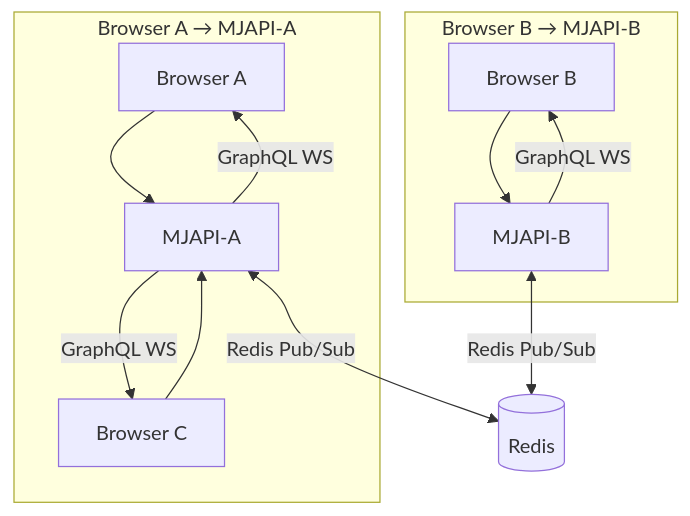
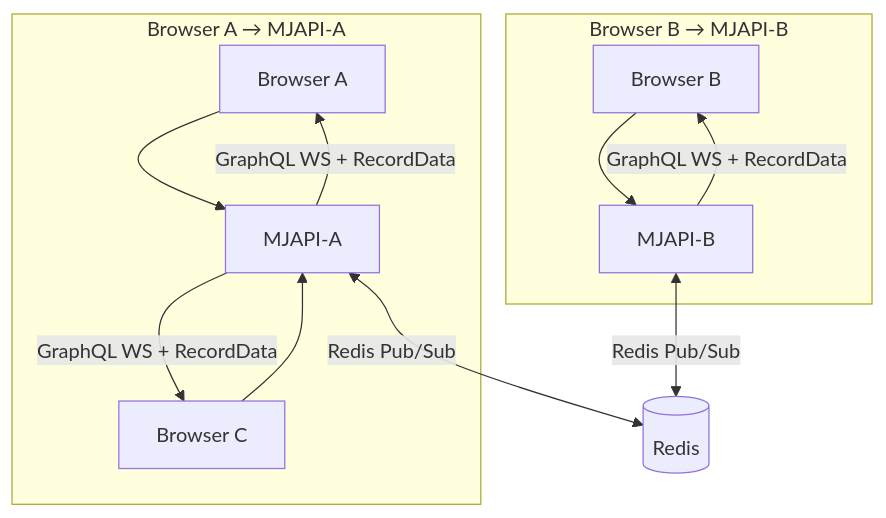
Before and after one commit to MemberJunction/MJ: diagram 14 of 15 in guides/CACHING_AND_PUBSUB_GUIDE.md, drawn with Mermaid. The commit also changed other lines of this file, not shown here.

First line of the commit message:
Update caching guide with RecordData payload, CompositeKey, and Redis vs no-Redis docs

````diff
--- a/guides/CACHING_AND_PUBSUB_GUIDE.md
+++ b/guides/CACHING_AND_PUBSUB_GUIDE.md
@@ -1031,18 +1175,18 @@
 ```mermaid
 graph TD
     subgraph "Browser A → MJAPI-A"
         BA[Browser A] --> SA[MJAPI-A]
         BC[Browser C] --> SA
     end
 
     subgraph "Browser B → MJAPI-B"
         BB[Browser B] --> SB[MJAPI-B]
     end
 
     SA <-->|Redis Pub/Sub| Redis[(Redis)]
     SB <-->|Redis Pub/Sub| Redis
 
-    SA -->|GraphQL WS| BA
-    SA -->|GraphQL WS| BC
-    SB -->|GraphQL WS| BB
+    SA -->|"GraphQL WS + RecordData"| BA
+    SA -->|"GraphQL WS + RecordData"| BC
+    SB -->|"GraphQL WS + RecordData"| BB
 ```
````
